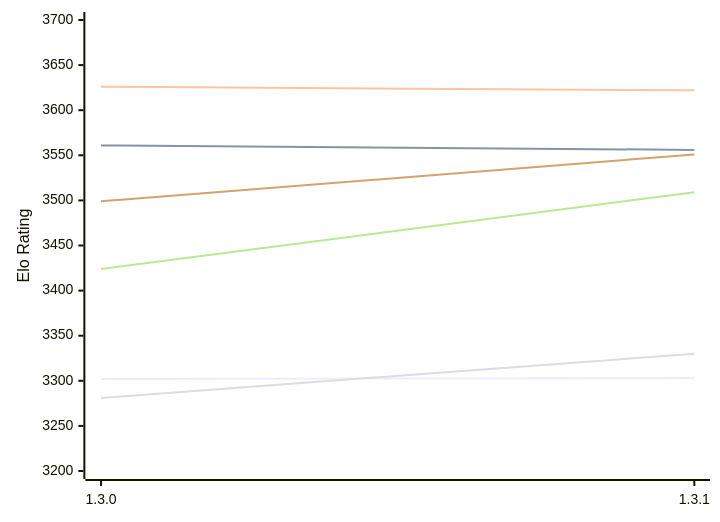
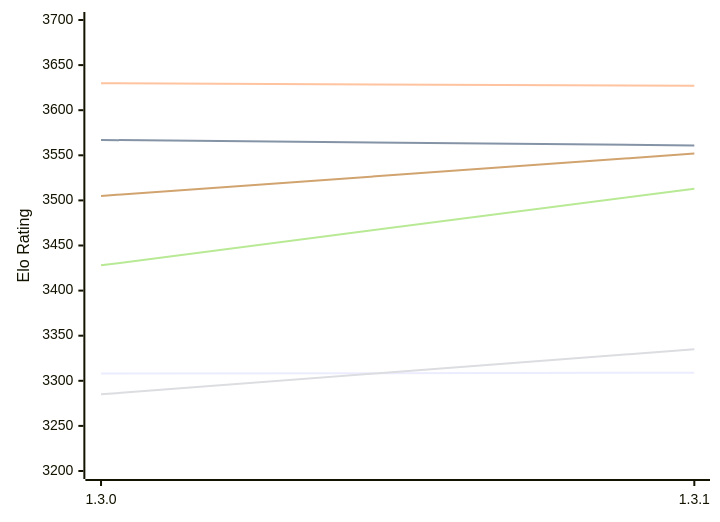
Before and after one commit to computer-chess-index/cci: the first of 2 diagrams in engines/Renegade.md, drawn with Mermaid. The commit also changed other lines of this file, not shown here.

Commit message:
Update CCI Ratings (ELO VLTC) - 2026-11-20

````diff
--- a/engines/Renegade.md
+++ b/engines/Renegade.md
@@ -50,12 +50,12 @@
 ```mermaid
 %%{init: {"theme":"base","themeVariables":{"seriesColors:['#a3a3a3','#222221','#faa371']}}}%%
 xychart-beta
   x-axis ["1.3.0", "1.3.1"]
   y-axis "Elo Rating" 3200 --> 3700
-  line "E1: STC (8.0+0.08s)" [3302, 3303]
-  line "E1: LTC (60.0+0.60s)" [3561, 3556]
-  line "E1: VLTC (2m24s+1.12s)" [3626, 3622]
-  line "P1: STC (8.0+0.08s)" [3281, 3330]
-  line "P1: LTC (60.0+0.60s)" [3424, 3509]
-  line "P1: VLTC (2m24s+1.12s)" [3499, 3551]
+  line "E1: STC (8.0+0.08s)" [3308, 3309]
+  line "E1: LTC (60.0+0.60s)" [3567, 3561]
+  line "E1: VLTC (2m24s+1.12s)" [3630, 3627]
+  line "P1: STC (8.0+0.08s)" [3285, 3335]
+  line "P1: LTC (60.0+0.60s)" [3428, 3513]
+  line "P1: VLTC (2m24s+1.12s)" [3505, 3552]
 ```
````
